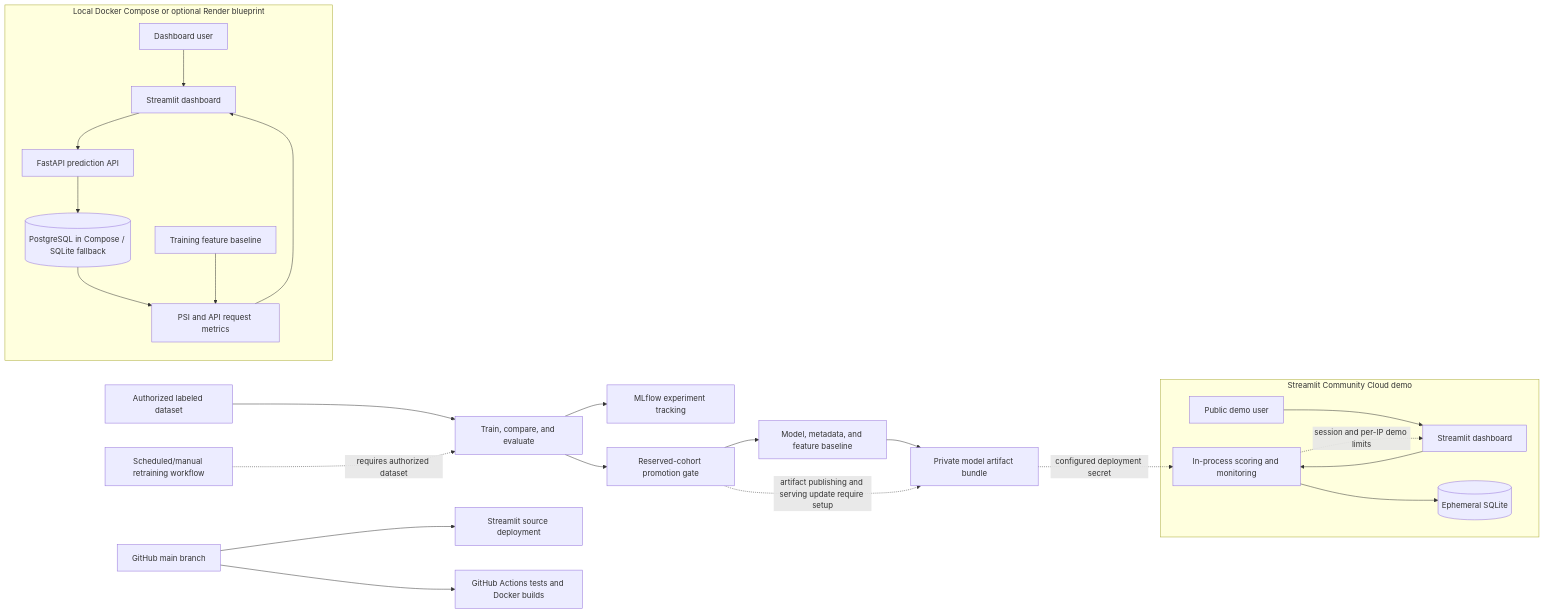
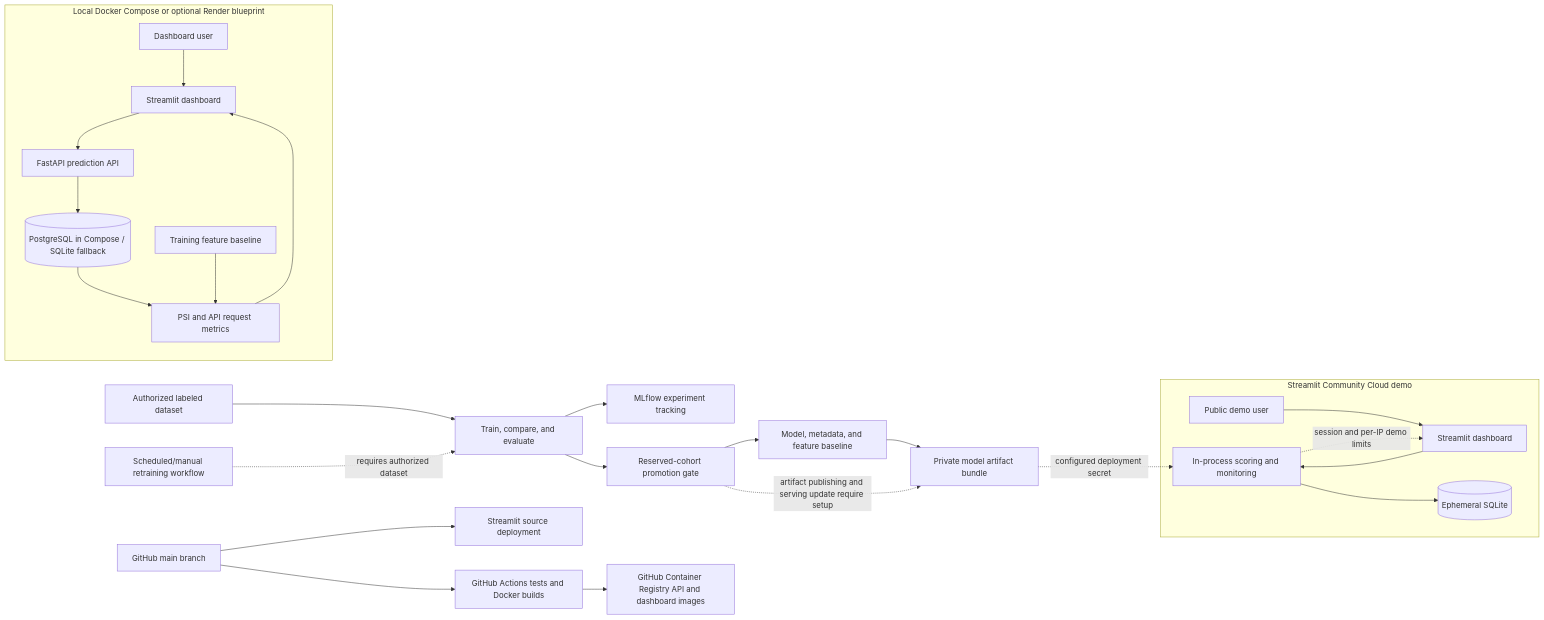
The diagram in README.md (nipunidasanayake/customer-churn-mlops), drawn with Mermaid before and after one commit. The commit also changed other lines of this file and 1 other file, not shown here.

Commit message:
ci: publish Docker images to GHCR

````diff
--- a/README.md
+++ b/README.md
@@ -23,30 +23,31 @@
 ```mermaid
 flowchart LR
     Data[Authorized labeled dataset] --> Train[Train, compare, and evaluate]
     Train --> Track[MLflow experiment tracking]
     Train --> Gate[Reserved-cohort promotion gate]
     Gate --> Model[Model, metadata, and feature baseline]
     Model --> Bundle[Private model artifact bundle]
 
     subgraph PublicDemo[Streamlit Community Cloud demo]
         Visitor[Public demo user] --> CloudUI[Streamlit dashboard]
         CloudUI --> Embedded[In-process scoring and monitoring]
         Embedded --> CloudDB[(Ephemeral SQLite)]
         Embedded -. "session and per-IP demo limits" .-> CloudUI
     end
     Bundle -. "configured deployment secret" .-> Embedded
     Main[GitHub main branch] --> Deploy[Streamlit source deployment]
 
     subgraph APIStack[Local Docker Compose or optional Render blueprint]
         User[Dashboard user] --> UI[Streamlit dashboard]
         UI --> API[FastAPI prediction API]
         API --> DB[(PostgreSQL in Compose / SQLite fallback)]
         DB --> Monitor[PSI and API request metrics]
         Baseline[Training feature baseline] --> Monitor
         Monitor --> UI
     end
 
     Main --> CI[GitHub Actions tests and Docker builds]
+    CI --> Registry[GitHub Container Registry API and dashboard images]
     Schedule[Scheduled/manual retraining workflow] -. "requires authorized dataset" .-> Train
     Gate -. "artifact publishing and serving update require setup" .-> Bundle
 ```
````
